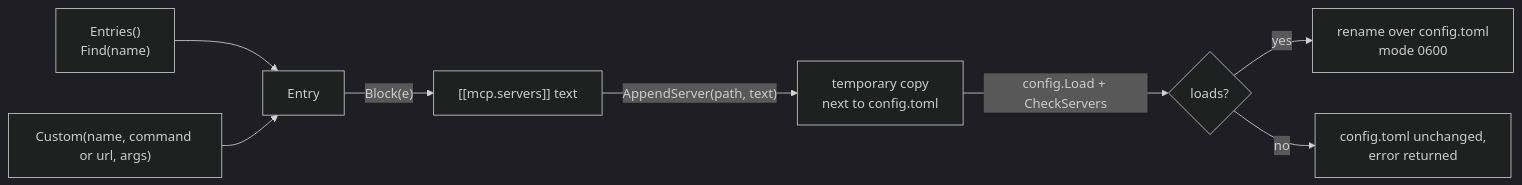
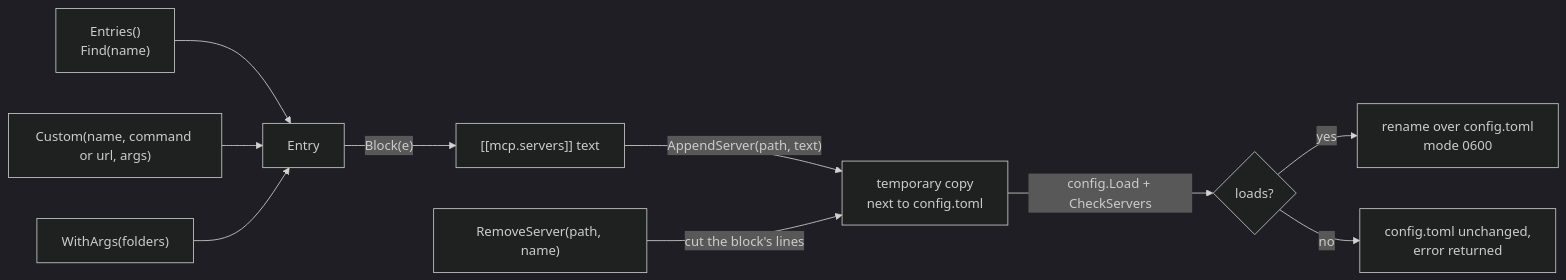
One commit to aarora79/meru changed the diagram in docs/coding-notes/catalog.md. Above: the diagram before and after it, drawn with Mermaid (dark theme). The commit also changed other lines of this file and 32 other files, not shown here.

````diff
--- a/docs/coding-notes/catalog.md
+++ b/docs/coding-notes/catalog.md
@@ -31,10 +39,12 @@
 ```mermaid
 flowchart LR
     entries["Entries()<br/>Find(name)"] --> e["Entry"]
     custom["Custom(name, command or url, args)"] --> e
+    args["WithArgs(folders)"] --> e
     e -- "Block(e)" --> text["[[mcp.servers]] text"]
     text -- "AppendServer(path, text)" --> tmp["temporary copy<br/>next to config.toml"]
     tmp -- "config.Load + CheckServers" --> ok{"loads?"}
     ok -- "yes" --> cfg["rename over config.toml<br/>mode 0600"]
     ok -- "no" --> keep["config.toml unchanged,<br/>error returned"]
+    rm["RemoveServer(path, name)"] -- "cut the block's lines" --> tmp
 ```
````
